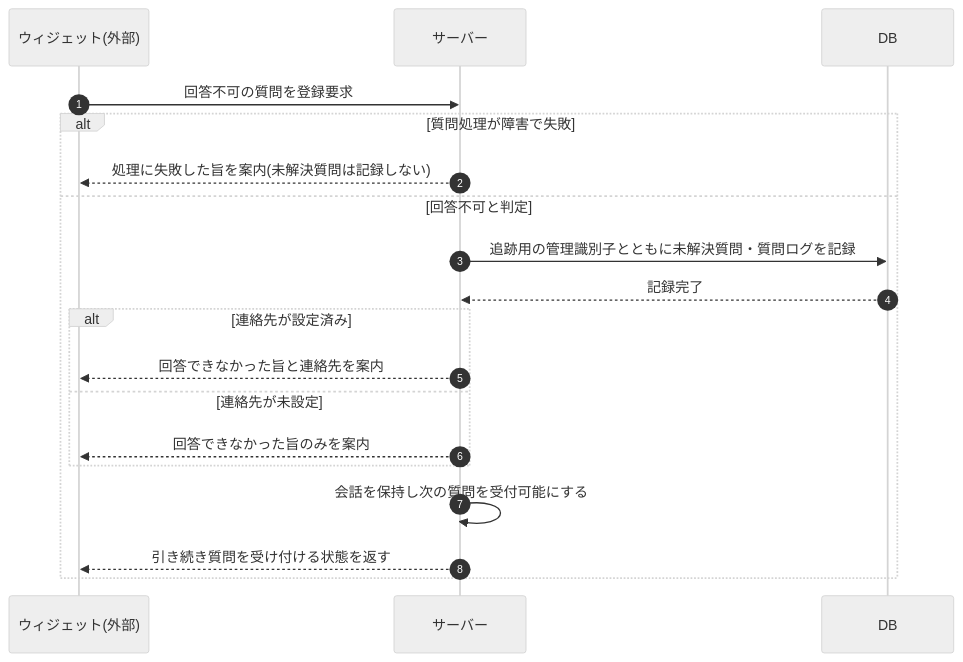
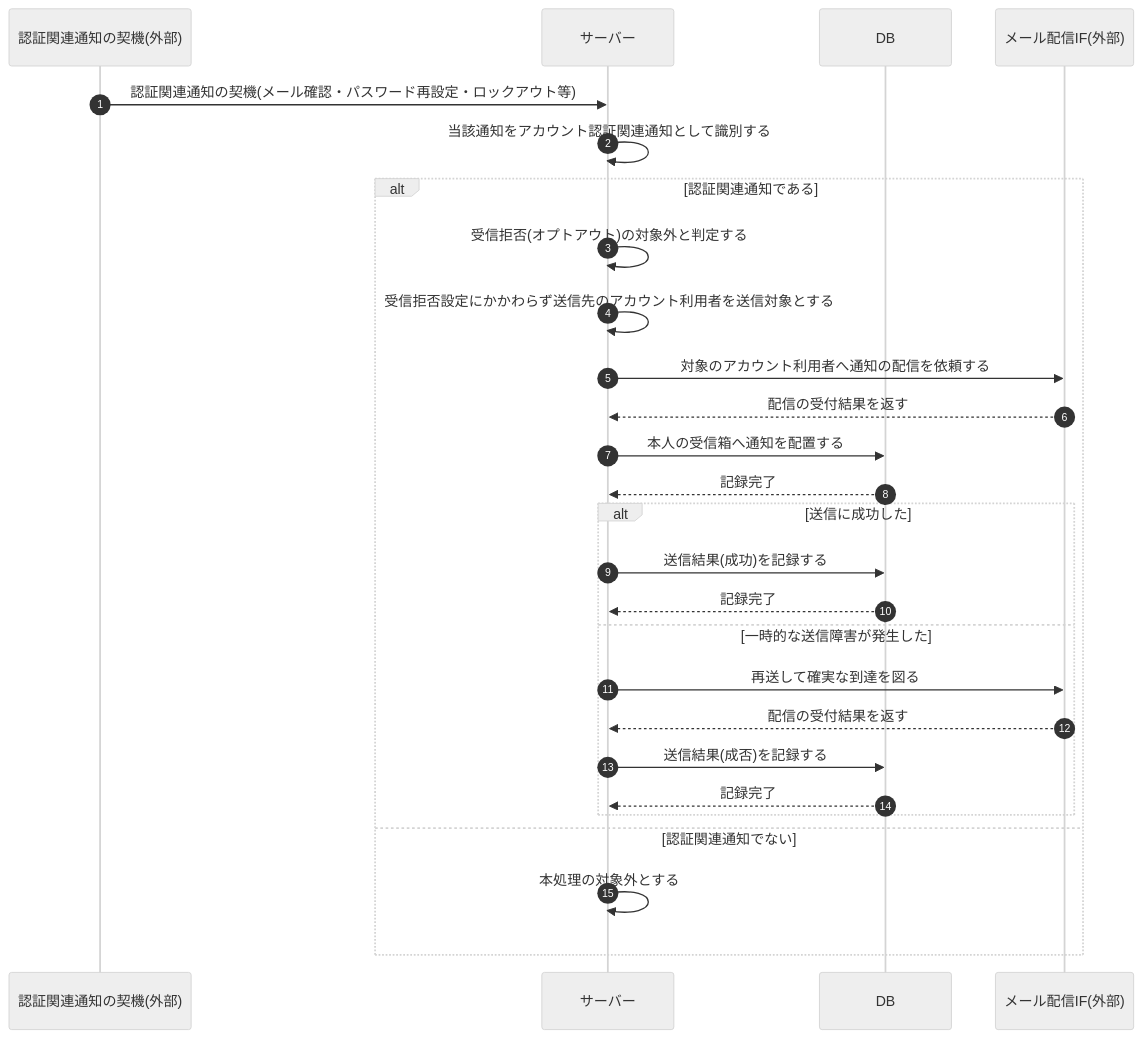
Before and after one commit to sikakou54/open-faq: the diagram in 02_basic_design/03_sequences/SEQ-111.md, drawn with Mermaid (neutral theme). The commit also changed other lines of this file and 395 other files, not shown here.

````diff
--- a/02_basic_design/03_sequences/SEQ-111.md
+++ b/02_basic_design/03_sequences/SEQ-111.md
@@ -25,21 +25,29 @@
 ```mermaid
 sequenceDiagram
   autonumber
-  participant W as ウィジェット(外部)
+  participant TRG as 認証関連通知の契機(外部)
   participant Server as サーバー
   participant DB as DB
-  W->>Server: 回答不可の質問を登録要求
-  alt 質問処理が障害で失敗
-    Server-->>W: 処理に失敗した旨を案内(未解決質問は記録しない)
-  else 回答不可と判定
-    Server->>DB: 追跡用の管理識別子とともに未解決質問・質問ログを記録
+  participant Email as メール配信IF(外部)
+  TRG->>Server: 認証関連通知の契機(メール確認・パスワード再設定・ロックアウト等)
+  Server->>Server: 当該通知をアカウント認証関連通知として識別する
+  alt 認証関連通知である
+    Server->>Server: 受信拒否(オプトアウト)の対象外と判定する
+    Server->>Server: 受信拒否設定にかかわらず送信先のアカウント利用者を送信対象とする
+    Server->>Email: 対象のアカウント利用者へ通知の配信を依頼する
+    Email-->>Server: 配信の受付結果を返す
+    Server->>DB: 本人の受信箱へ通知を配置する
     DB-->>Server: 記録完了
-    alt 連絡先が設定済み
-      Server-->>W: 回答できなかった旨と連絡先を案内
-    else 連絡先が未設定
-      Server-->>W: 回答できなかった旨のみを案内
+    alt 送信に成功した
+      Server->>DB: 送信結果(成功)を記録する
+      DB-->>Server: 記録完了
+    else 一時的な送信障害が発生した
+      Server->>Email: 再送して確実な到達を図る
+      Email-->>Server: 配信の受付結果を返す
+      Server->>DB: 送信結果(成否)を記録する
+      DB-->>Server: 記録完了
     end
-    Server->>Server: 会話を保持し次の質問を受付可能にする
-    Server-->>W: 引き続き質問を受け付ける状態を返す
+  else 認証関連通知でない
+    Server->>Server: 本処理の対象外とする
   end
 ```
````
